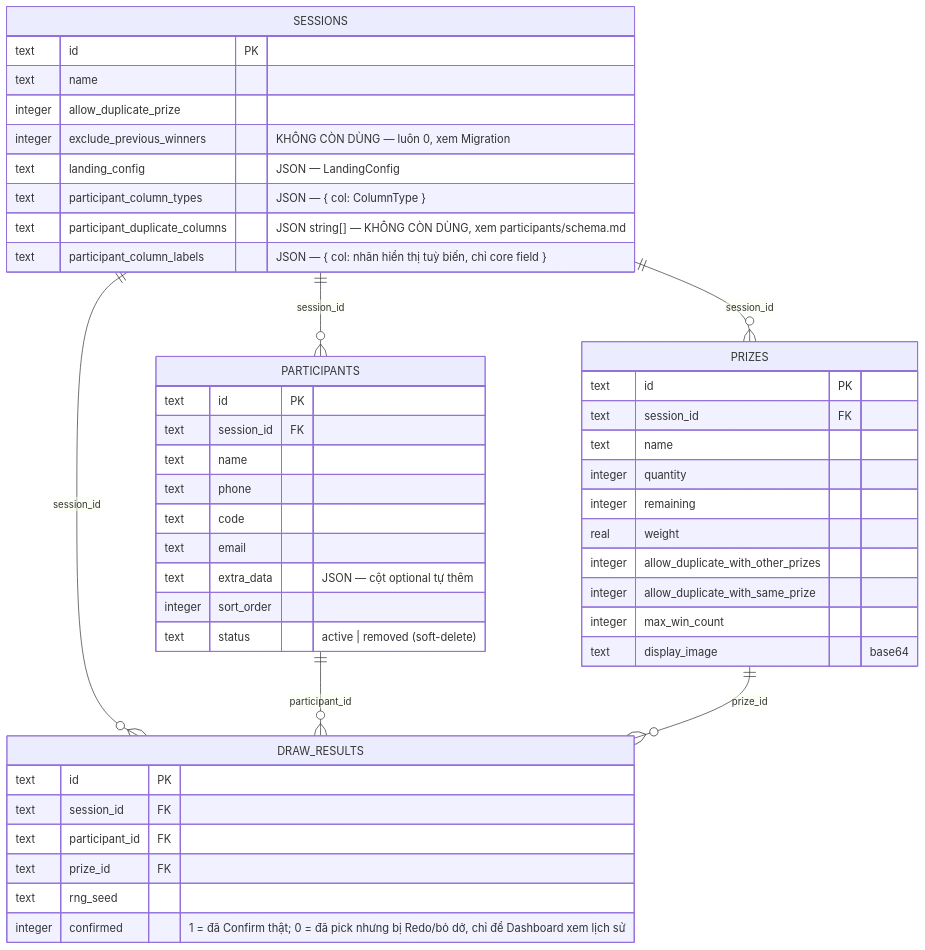
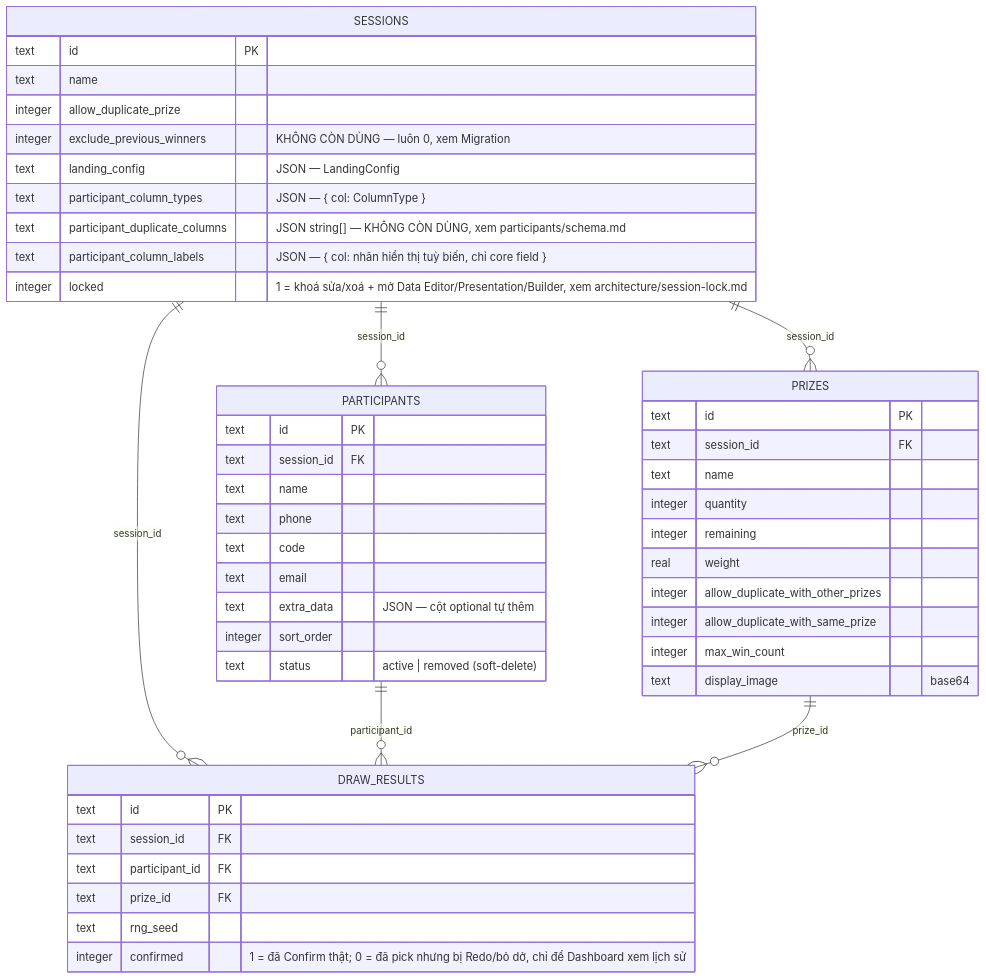
The diagram in docs/architecture/database-schema.md (nhatquang-nguyen-129/display_lucky_draw), drawn with Mermaid before and after one commit. The commit also changed 14 other files, not shown here.

First line of the commit message:
Add Session Lock: prevent accidental edits after a draw finishes

````diff
--- a/docs/architecture/database-schema.md
+++ b/docs/architecture/database-schema.md
@@ -65,50 +65,51 @@
 ```mermaid
 erDiagram
   SESSIONS ||--o{ PARTICIPANTS : session_id
   SESSIONS ||--o{ PRIZES : session_id
   SESSIONS ||--o{ DRAW_RESULTS : session_id
   PARTICIPANTS ||--o{ DRAW_RESULTS : participant_id
   PRIZES ||--o{ DRAW_RESULTS : prize_id
 
   SESSIONS {
     text id PK
     text name
     integer allow_duplicate_prize
     integer exclude_previous_winners "KHÔNG CÒN DÙNG — luôn 0, xem Migration"
     text landing_config "JSON — LandingConfig"
     text participant_column_types "JSON — { col: ColumnType }"
     text participant_duplicate_columns "JSON string[] — KHÔNG CÒN DÙNG, xem participants/schema.md"
     text participant_column_labels "JSON — { col: nhãn hiển thị tuỳ biến, chỉ core field }"
+    integer locked "1 = khoá sửa/xoá + mở Data Editor/Presentation/Builder, xem architecture/session-lock.md"
   }
   PARTICIPANTS {
     text id PK
     text session_id FK
     text name
     text phone
     text code
     text email
     text extra_data "JSON — cột optional tự thêm"
     integer sort_order
     text status "active | removed (soft-delete)"
   }
   PRIZES {
     text id PK
     text session_id FK
     text name
     integer quantity
     integer remaining
     real weight
     integer allow_duplicate_with_other_prizes
     integer allow_duplicate_with_same_prize
     integer max_win_count
     text display_image "base64"
   }
   DRAW_RESULTS {
     text id PK
     text session_id FK
     text participant_id FK
     text prize_id FK
     text rng_seed
     integer confirmed "1 = đã Confirm thật; 0 = đã pick nhưng bị Redo/bỏ dở, chỉ để Dashboard xem lịch sử"
   }
 ```
````
